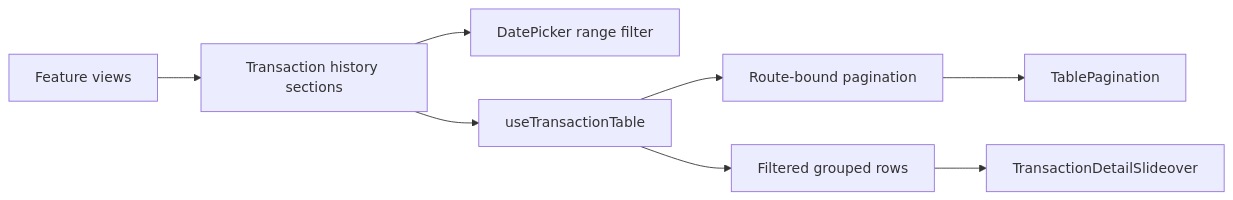
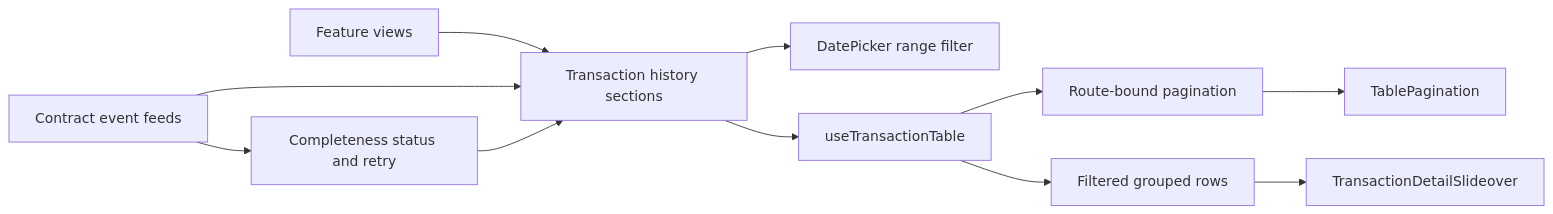
Before and after one commit to globe-and-citizen/cnc-portal: the diagram in docs/implementation/transaction-history/README.md, drawn with Mermaid. The commit also changed other lines of this file and 5 other files, not shown here.

````diff
--- a/docs/implementation/transaction-history/README.md
+++ b/docs/implementation/transaction-history/README.md
@@ -17,10 +17,13 @@
 ```mermaid
 flowchart LR
   views[Feature views] --> histories[Transaction history sections]
+  feeds[Contract event feeds] --> histories
+  feeds --> completeness[Completeness status and retry]
+  completeness --> histories
   histories --> dateFilter[DatePicker range filter]
   histories --> tableState[useTransactionTable]
   tableState --> pagination[Route-bound pagination]
   pagination --> pager[TablePagination]
   tableState --> rows[Filtered grouped rows]
   rows --> detail[TransactionDetailSlideover]
 ```
````
